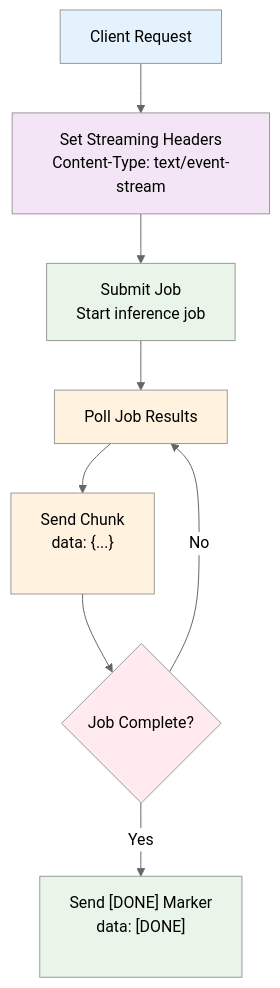
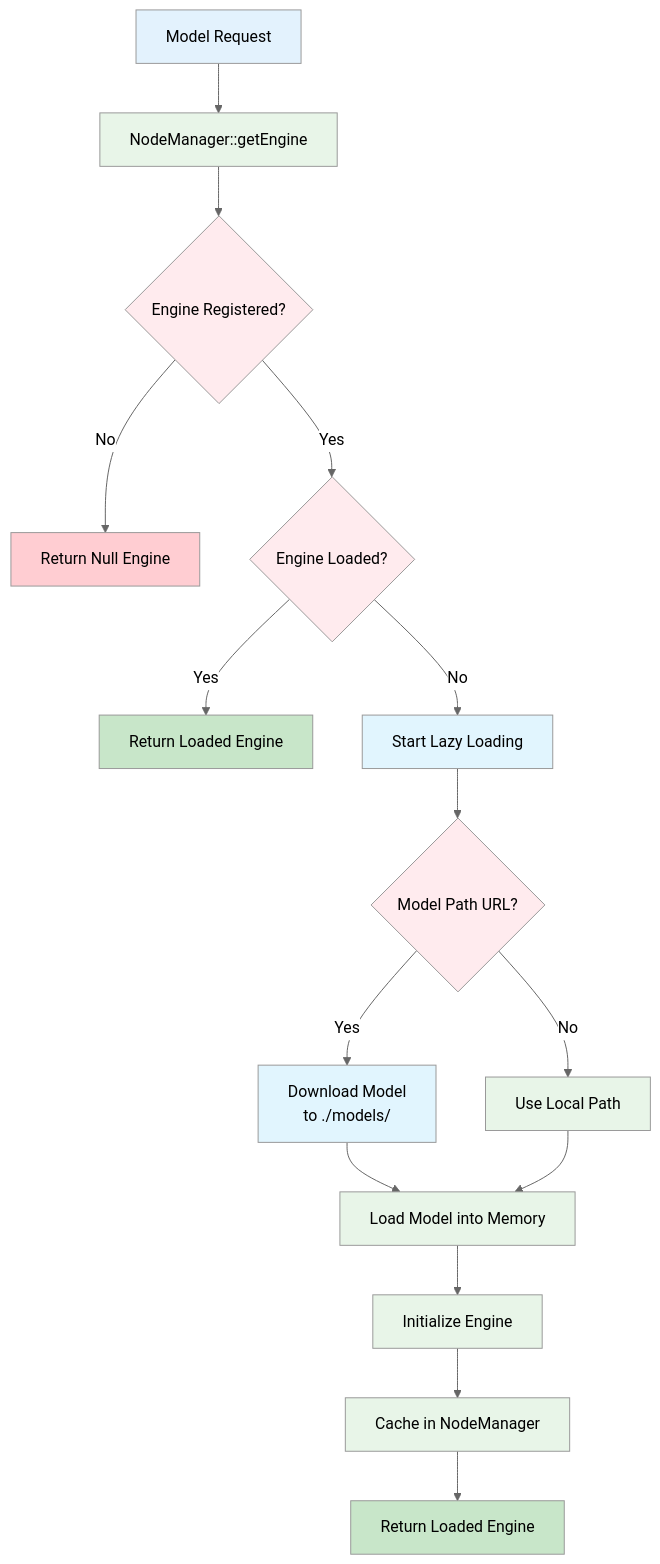
One commit to KolosalAI/kolosal-server changed the fourth of 4 diagrams in docs/ARCHITECTURE.md. Above: the diagram before and after it, drawn with Mermaid (neutral theme). The commit also changed other lines of this file and 7 other files, not shown here.

````diff
--- a/docs/ARCHITECTURE.md
+++ b/docs/ARCHITECTURE.md
@@ -246,18 +439,32 @@
 ```mermaid
 flowchart TD
-    A[Client Request] --> B["Set Streaming Headers<br/>Content-Type: text/event-stream"]
-    B --> C["Submit Job<br/>Start inference job"]
-    C --> D[Poll Job Results]
-    D --> E["Send Chunk<br/>data: {...}\n\n"]
-    E --> F{Job Complete?}
-    F -->|No| D
-    F -->|Yes| G["Send [DONE] Marker<br/>data: [DONE]\n\n"]
+    A[Model Request] --> B["NodeManager::getEngine"]
+    B --> C{"Engine Registered?"}
+    C -->|No| D[Return Null Engine]
+    C -->|Yes| E{"Engine Loaded?"}
+    E -->|Yes| F[Return Loaded Engine]
+    E -->|No| G[Start Lazy Loading]
+    G --> H{"Model Path URL?"}
+    H -->|Yes| I["Download Model<br/>to ./models/"]
+    H -->|No| J[Use Local Path]
+    I --> K[Load Model into Memory]
+    J --> K
+    K --> L[Initialize Engine]
+    L --> M[Cache in NodeManager]
+    M --> N[Return Loaded Engine]
     
     style A fill:#e3f2fd
-    style B fill:#f3e5f5
-    style C fill:#e8f5e8
-    style D fill:#fff3e0
-    style E fill:#fff3e0
-    style F fill:#ffebee
-    style G fill:#e8f5e8
+    style B fill:#e8f5e8
+    style C fill:#ffebee
+    style D fill:#ffcdd2
+    style E fill:#ffebee
+    style F fill:#c8e6c9
+    style G fill:#e1f5fe
+    style H fill:#ffebee
+    style I fill:#e1f5fe
+    style J fill:#e8f5e8
+    style K fill:#e8f5e8
+    style L fill:#e8f5e8
+    style M fill:#e8f5e8
+    style N fill:#c8e6c9
 ```
````
